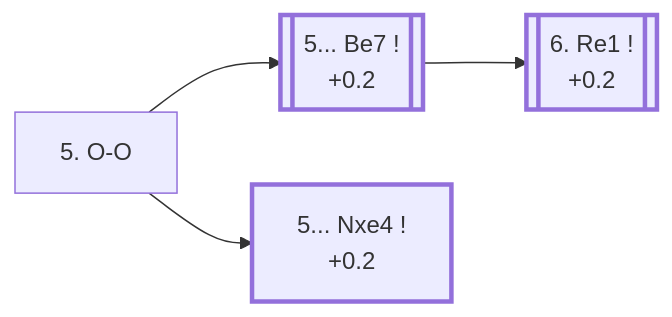
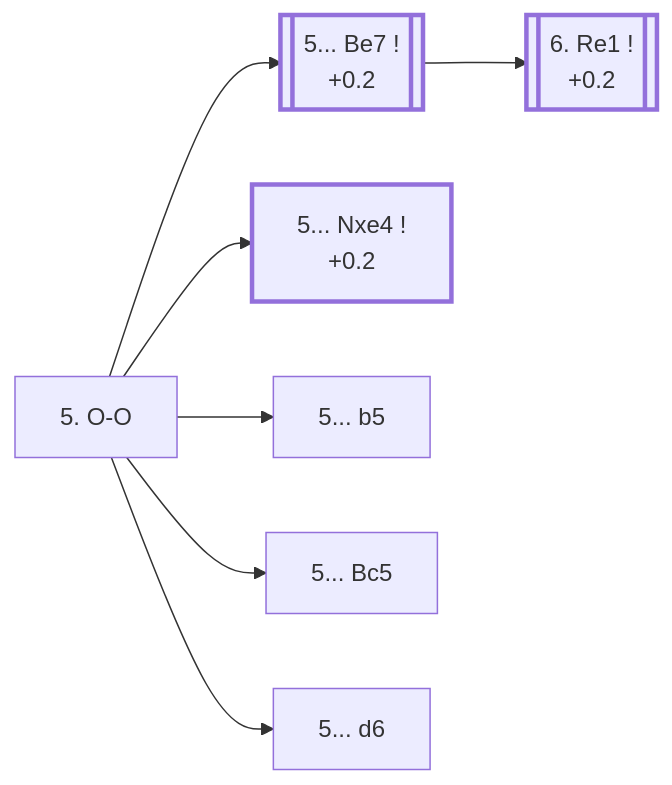
One commit to onclemarcel/chess_flashcards changed the diagram in e4_openings/C84_Ruy_Lopez_Morphy_Closed.md. Above: the diagram before and after it, drawn with Mermaid. The commit also changed other lines of this file and 14 other files, not shown here.

````diff
--- a/e4_openings/C84_Ruy_Lopez_Morphy_Closed.md
+++ b/e4_openings/C84_Ruy_Lopez_Morphy_Closed.md
@@ -12,15 +15,22 @@
 ```mermaid
 flowchart LR
     classDef main stroke-width:3px;
 
     OO["5. O-O"]
     click OO "#_initial_move_" "C84 · Ruy Lopez: Morphy Defense, Closed"
 
     OO --> Be7[["5... Be7 !<br/>+0.2"]]:::main
     click Be7 "#_Be7_" "C84 · Ruy Lopez: Closed, Morphy Defense"
     OO --> Nxe4["5... Nxe4 !<br/>+0.2"]:::main
     click Nxe4 "#_Nxe4_" "C80 · Ruy Lopez: Open Variation"
 
     Be7 --> Re1[["6. Re1 !<br/>+0.2"]]:::main
     click Re1 "#_Re1_" "C84 · Ruy Lopez: Closed, Morphy Defense"
+
+    OO --> b5["5... b5"]
+    click b5 "https://github.com/onclemarcel/chess_flashcards/blob/main/e4_openings/C78_Ruy_Lopez_Morphy_Defense_Castle.md" "C78 · Ruy Lopez: Morphy Defense, 5.O-O"
+    OO --> Bc5["5... Bc5"]
+    click Bc5 "https://github.com/onclemarcel/chess_flashcards/blob/main/e4_openings/C78_Ruy_Lopez_Morphy_Defense_Castle.md" "C78 · Ruy Lopez: Morphy Defense, Moeller Defence"
+    OO --> d6["5... d6"]
+    click d6 "https://github.com/onclemarcel/chess_flashcards/blob/main/e4_openings/C79_Ruy_Lopez_Steinitz_Defense_Deferred.md" "C79 · Ruy Lopez: Steinitz Defense Deferred"
 ```
````
